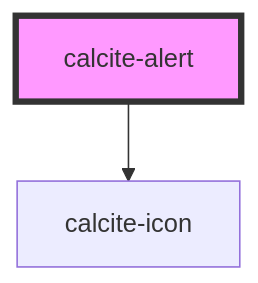
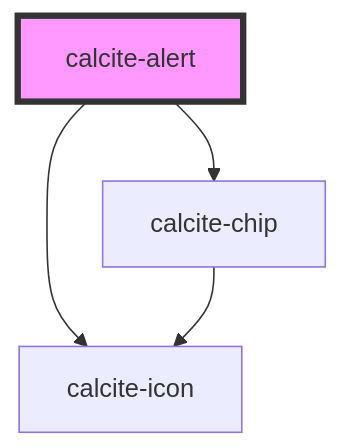
Before and after one commit to vikivakarvc/calcite-design-system: the diagram in src/components/calcite-alert/readme.md, drawn with Mermaid. The commit also changed other lines of this file and 18 other files, not shown here.

````diff
--- a/src/components/calcite-alert/readme.md
+++ b/src/components/calcite-alert/readme.md
@@ -70,5 +72,7 @@
 ```mermaid
 graph TD;
   calcite-alert --> calcite-icon
+  calcite-alert --> calcite-chip
+  calcite-chip --> calcite-icon
   style calcite-alert fill:#f9f,stroke:#333,stroke-width:4px
 ```
````
